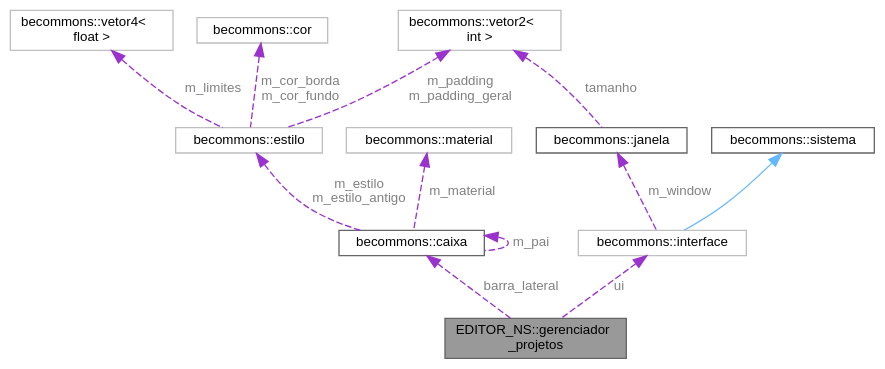
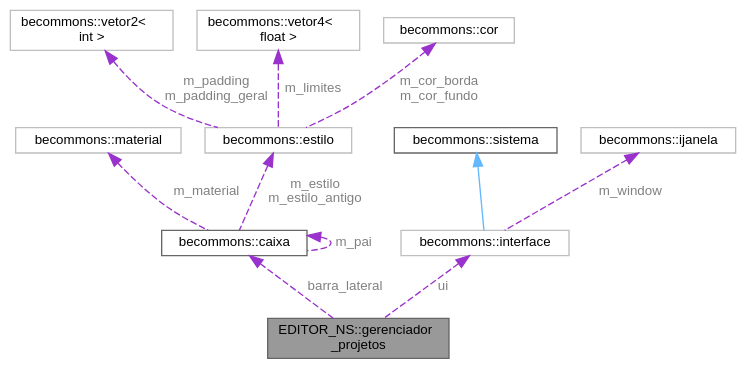
The diagram in docs/pt/classEDITOR__NS_1_1gerenciador__projetos__coll__graph.dot (D4nielStone/bubble_engine), drawn with Graphviz before and after one commit. The commit also changed 244 other files, not shown here.

```diff
--- a/docs/pt/classEDITOR__NS_1_1gerenciador__projetos__coll__graph.dot
+++ b/docs/pt/classEDITOR__NS_1_1gerenciador__projetos__coll__graph.dot
@@ -1,28 +1,27 @@
 digraph "EDITOR_NS::gerenciador_projetos"
 {
  // LATEX_PDF_SIZE
   bgcolor="transparent";
   edge [fontname=Helvetica,fontsize=10,labelfontname=Helvetica,labelfontsize=10];
   node [fontname=Helvetica,fontsize=10,shape=box,height=0.2,width=0.4];
   Node1 [id="Node000001",label="EDITOR_NS::gerenciador\l_projetos",height=0.2,width=0.4,color="gray40", fillcolor="grey60", style="filled", fontcolor="black",tooltip=" "];
   Node2 -> Node1 [id="edge1_Node000001_Node000002",dir="back",color="darkorchid3",style="dashed",tooltip=" ",label=" barra_lateral",fontcolor="grey" ];
   Node2 [id="Node000002",label="becommons::caixa",height=0.2,width=0.4,color="gray40", fillcolor="white", style="filled",URL="$classbecommons_1_1caixa.html",tooltip="funciona como uma div em css"];
   Node3 -> Node2 [id="edge2_Node000002_Node000003",dir="back",color="darkorchid3",style="dashed",tooltip=" ",label=" m_material",fontcolor="grey" ];
   Node3 [id="Node000003",label="becommons::material",height=0.2,width=0.4,color="grey75", fillcolor="white", style="filled",URL="$structbecommons_1_1material.html",tooltip=" "];
   Node2 -> Node2 [id="edge3_Node000002_Node000002",dir="back",color="darkorchid3",style="dashed",tooltip=" ",label=" m_pai",fontcolor="grey" ];
   Node4 -> Node2 [id="edge4_Node000002_Node000004",dir="back",color="darkorchid3",style="dashed",tooltip=" ",label=" m_estilo\nm_estilo_antigo",fontcolor="grey" ];
   Node4 [id="Node000004",label="becommons::estilo",height=0.2,width=0.4,color="grey75", fillcolor="white", style="filled",URL="$structbecommons_1_1estilo.html",tooltip=" "];
   Node5 -> Node4 [id="edge5_Node000004_Node000005",dir="back",color="darkorchid3",style="dashed",tooltip=" ",label=" m_padding\nm_padding_geral",fontcolor="grey" ];
   Node5 [id="Node000005",label="becommons::vetor2\<\l int \>",height=0.2,width=0.4,color="grey75", fillcolor="white", style="filled",URL="$structbecommons_1_1vetor2.html",tooltip=" "];
   Node6 -> Node4 [id="edge6_Node000004_Node000006",dir="back",color="darkorchid3",style="dashed",tooltip=" ",label=" m_limites",fontcolor="grey" ];
   Node6 [id="Node000006",label="becommons::vetor4\<\l float \>",height=0.2,width=0.4,color="grey75", fillcolor="white", style="filled",URL="$structbecommons_1_1vetor4.html",tooltip=" "];
   Node7 -> Node4 [id="edge7_Node000004_Node000007",dir="back",color="darkorchid3",style="dashed",tooltip=" ",label=" m_cor_borda\nm_cor_fundo",fontcolor="grey" ];
   Node7 [id="Node000007",label="becommons::cor",height=0.2,width=0.4,color="grey75", fillcolor="white", style="filled",URL="$structbecommons_1_1cor.html",tooltip=" "];
   Node8 -> Node1 [id="edge8_Node000001_Node000008",dir="back",color="darkorchid3",style="dashed",tooltip=" ",label=" ui",fontcolor="grey" ];
   Node8 [id="Node000008",label="becommons::interface",height=0.2,width=0.4,color="grey75", fillcolor="white", style="filled",URL="$structbecommons_1_1interface.html",tooltip=" "];
   Node9 -> Node8 [id="edge9_Node000008_Node000009",dir="back",color="steelblue1",style="solid",tooltip=" "];
   Node9 [id="Node000009",label="becommons::sistema",height=0.2,width=0.4,color="gray40", fillcolor="white", style="filled",URL="$structbecommons_1_1sistema.html",tooltip=" "];
   Node10 -> Node8 [id="edge10_Node000008_Node000010",dir="back",color="darkorchid3",style="dashed",tooltip=" ",label=" m_window",fontcolor="grey" ];
-  Node10 [id="Node000010",label="becommons::janela",height=0.2,width=0.4,color="gray40", fillcolor="white", style="filled",URL="$classbecommons_1_1janela.html",tooltip="facilita o uso da janela glfw"];
-  Node5 -> Node10 [id="edge11_Node000010_Node000005",dir="back",color="darkorchid3",style="dashed",tooltip=" ",label=" tamanho",fontcolor="grey" ];
+  Node10 [id="Node000010",label="becommons::ijanela",height=0.2,width=0.4,color="grey75", fillcolor="white", style="filled",URL="$classbecommons_1_1ijanela.html",tooltip=" "];
 }
```
